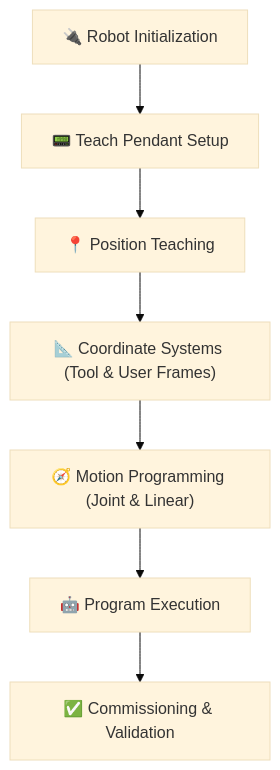
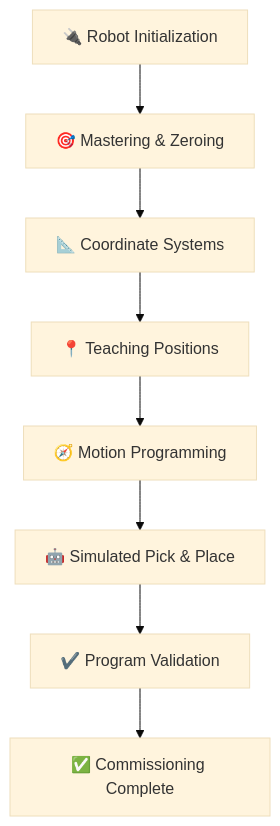
The first of 2 diagrams in README.md (AnilPantula/FANUC-Robot-Programming-Motion-Control), drawn with Mermaid (base theme) before and after one commit. The commit also changed other lines of this file, not shown here.

````diff
--- a/README.md
+++ b/README.md
@@ -73,9 +84,10 @@
 ```mermaid
 flowchart TB
-A["🔌 Robot Initialization"] --> B["📟 Teach Pendant Setup"]
-B --> C["📍 Position Teaching"]
-C --> D["📐 Coordinate Systems (Tool & User Frames)"]
-D --> E["🧭 Motion Programming (Joint & Linear)"]
-E --> F["🤖 Program Execution"]
-F --> G["✅ Commissioning & Validation"]
+A["🔌 Robot Initialization"] --> B["🎯 Mastering & Zeroing"]
+B --> C["📐 Coordinate Systems"]
+C --> D["📍 Teaching Positions"]
+D --> E["🧭 Motion Programming"]
+E --> F["🤖 Simulated Pick & Place"]
+F --> G["✔️ Program Validation"]
+G --> H["✅ Commissioning Complete"]
 ```
````
